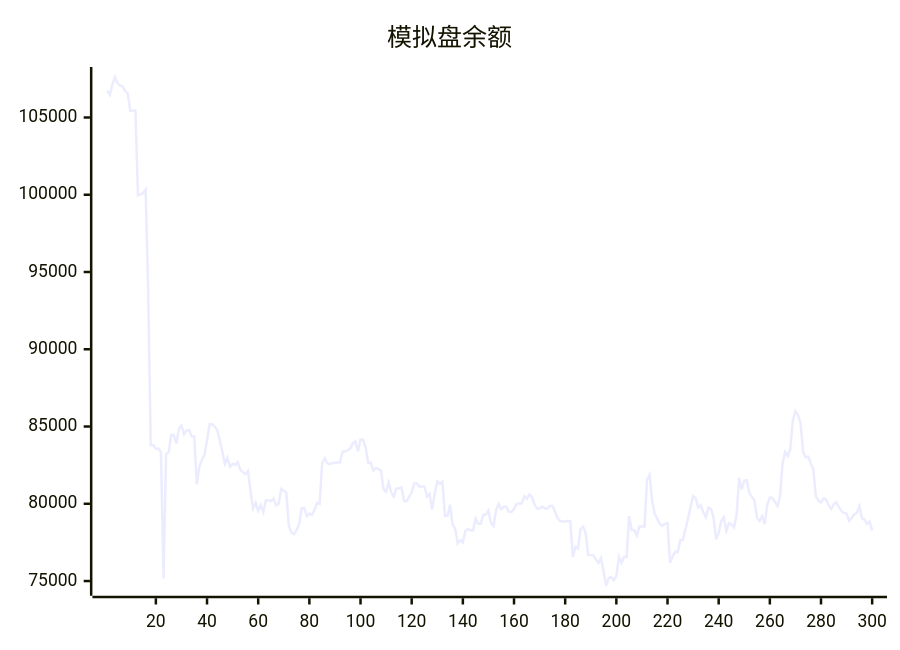
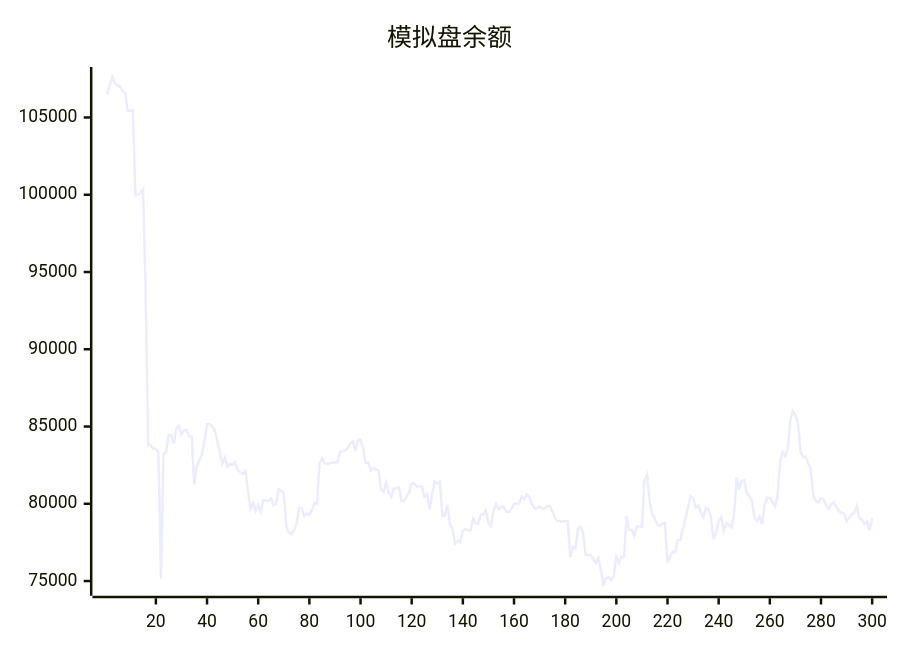
The diagram in README.md (aahl/ai-trading), drawn with Mermaid before and after one commit. The commit also changed other lines of this file and 1 other file, not shown here.

````diff
--- a/README.md
+++ b/README.md
@@ -5,5 +5,5 @@
 ```mermaid
 xychart
     title "模拟盘余额"
-    line [106721,106468,107132,107620,107224,107080,107001,106717,106567,105431,105431,105440,99950,100017,100113,100337,93749,83795,83807,83567,83567,83342,75168,83222,83336,84448,84449,83896,84839,85065,84499,84757,84757,84364,84347,81254,82385,82835,83184,84099,85150,85150,85002,84751,84096,83356,82582,82983,82404,82572,82512,82688,82200,82047,81920,82125,80840,79688,80060,79552,79920,79470,80236,80208,80170,80336,79894,80006,80954,80837,80712,78561,78139,78037,78293,78682,79720,79720,79214,79372,79279,79591,80046,79993,82625,82950,82626,82571,82633,82670,82670,82681,83386,83378,83464,83579,83920,84037,83402,84160,84142,83652,82655,82655,82145,82315,82243,82163,80934,80770,81371,80742,80468,80989,80989,81067,80191,80155,80450,80737,81309,81309,81106,81119,81119,80471,80631,79624,80670,81448,81290,81429,79212,79222,79940,78643,78380,77432,77623,77504,78235,78358,78284,78277,79048,78714,78714,79290,79308,79567,78763,78563,79603,79988,79652,79813,79813,79476,79469,79673,79995,80015,80015,80486,80314,80600,80436,79966,79689,79689,79819,79692,79692,79850,79850,79518,79071,78889,78850,78850,78878,78878,76554,77202,77103,78357,78510,78106,76678,76677,76672,76411,76159,76485,75656,74695,75197,75246,75052,75334,76564,76179,76553,76551,79196,78300,78300,77944,78531,78531,78521,81564,81884,80160,79335,79055,78675,78580,78708,78764,76179,76586,76902,76876,77658,77669,78346,79023,79769,80497,80366,79761,79896,79448,79126,79749,79658,79097,77695,78114,78888,79126,78249,78738,78653,78478,79271,81680,80923,81488,81527,80681,80455,80190,79084,78879,79193,78686,79954,80403,80374,80118,79848,80491,82665,83351,83098,83525,85430,85983,85737,85221,83378,83014,83043,82613,82216,80477,80208,80081,80348,80277,79894,79670,79965,80093,79786,79542,79406,79371,78893,79087,79304,79406,79841,79072,78978,78696,78846,78272]
+    line [106468,107132,107620,107224,107080,107001,106717,106567,105431,105431,105440,99950,100017,100113,100337,93749,83795,83807,83567,83567,83342,75168,83222,83336,84448,84449,83896,84839,85065,84499,84757,84757,84364,84347,81254,82385,82835,83184,84099,85150,85150,85002,84751,84096,83356,82582,82983,82404,82572,82512,82688,82200,82047,81920,82125,80840,79688,80060,79552,79920,79470,80236,80208,80170,80336,79894,80006,80954,80837,80712,78561,78139,78037,78293,78682,79720,79720,79214,79372,79279,79591,80046,79993,82625,82950,82626,82571,82633,82670,82670,82681,83386,83378,83464,83579,83920,84037,83402,84160,84142,83652,82655,82655,82145,82315,82243,82163,80934,80770,81371,80742,80468,80989,80989,81067,80191,80155,80450,80737,81309,81309,81106,81119,81119,80471,80631,79624,80670,81448,81290,81429,79212,79222,79940,78643,78380,77432,77623,77504,78235,78358,78284,78277,79048,78714,78714,79290,79308,79567,78763,78563,79603,79988,79652,79813,79813,79476,79469,79673,79995,80015,80015,80486,80314,80600,80436,79966,79689,79689,79819,79692,79692,79850,79850,79518,79071,78889,78850,78850,78878,78878,76554,77202,77103,78357,78510,78106,76678,76677,76672,76411,76159,76485,75656,74695,75197,75246,75052,75334,76564,76179,76553,76551,79196,78300,78300,77944,78531,78531,78521,81564,81884,80160,79335,79055,78675,78580,78708,78764,76179,76586,76902,76876,77658,77669,78346,79023,79769,80497,80366,79761,79896,79448,79126,79749,79658,79097,77695,78114,78888,79126,78249,78738,78653,78478,79271,81680,80923,81488,81527,80681,80455,80190,79084,78879,79193,78686,79954,80403,80374,80118,79848,80491,82665,83351,83098,83525,85430,85983,85737,85221,83378,83014,83043,82613,82216,80477,80208,80081,80348,80277,79894,79670,79965,80093,79786,79542,79406,79371,78893,79087,79304,79406,79841,79072,78978,78696,78846,78272,79085]
 ```
````
